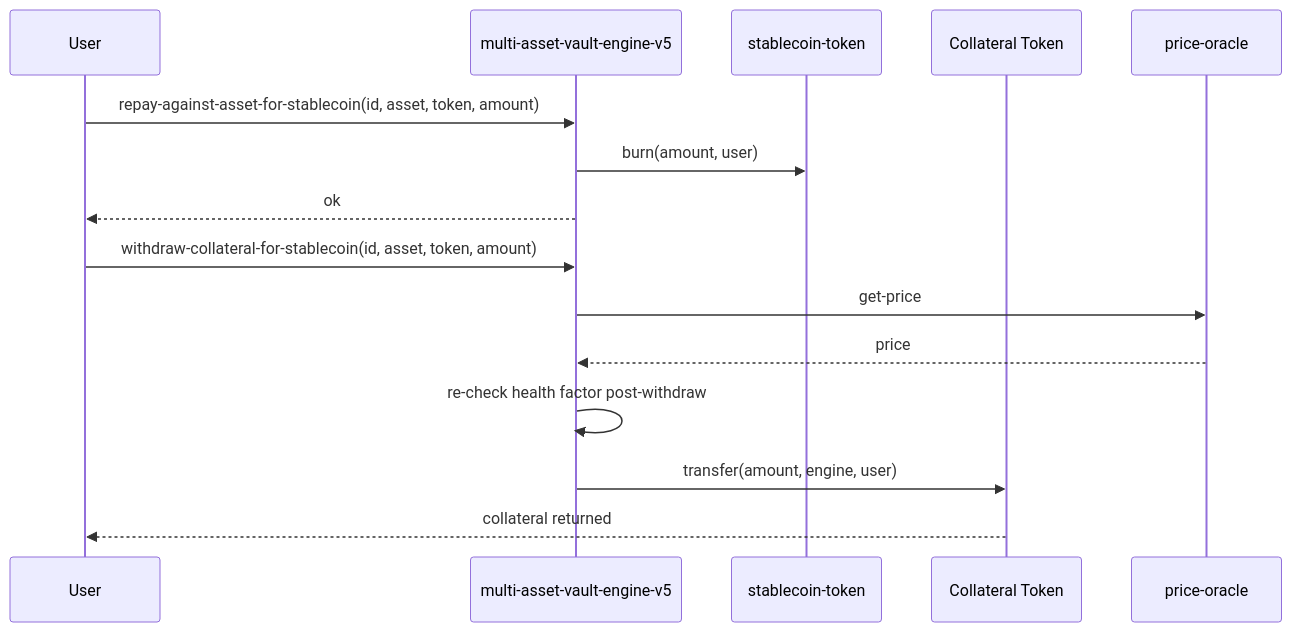
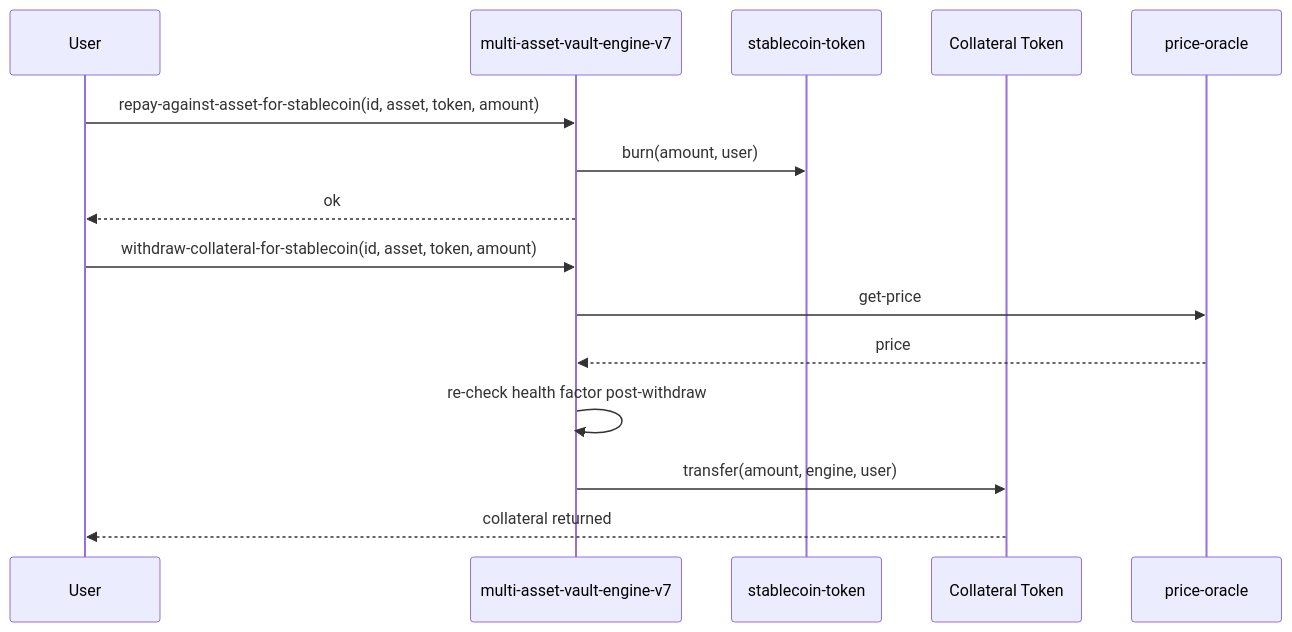
Before and after one commit to yehia67/stacks-stablecoin-engine: the fifth of 8 diagrams in docs/getting_started.md, drawn with Mermaid. The commit also changed other lines of this file and 32 other files, not shown here.

````diff
--- a/docs/getting_started.md
+++ b/docs/getting_started.md
@@ -165,18 +165,18 @@
 ```mermaid
 sequenceDiagram
   participant U as User
-  participant VE as multi-asset-vault-engine-v5
+  participant VE as multi-asset-vault-engine-v7
   participant ST as stablecoin-token
   participant CT as Collateral Token
   participant OR as price-oracle
 
   U->>VE: repay-against-asset-for-stablecoin(id, asset, token, amount)
   VE->>ST: burn(amount, user)
   VE-->>U: ok
   U->>VE: withdraw-collateral-for-stablecoin(id, asset, token, amount)
   VE->>OR: get-price
   OR-->>VE: price
   VE->>VE: re-check health factor post-withdraw
   VE->>CT: transfer(amount, engine, user)
   CT-->>U: collateral returned
 ```
````
